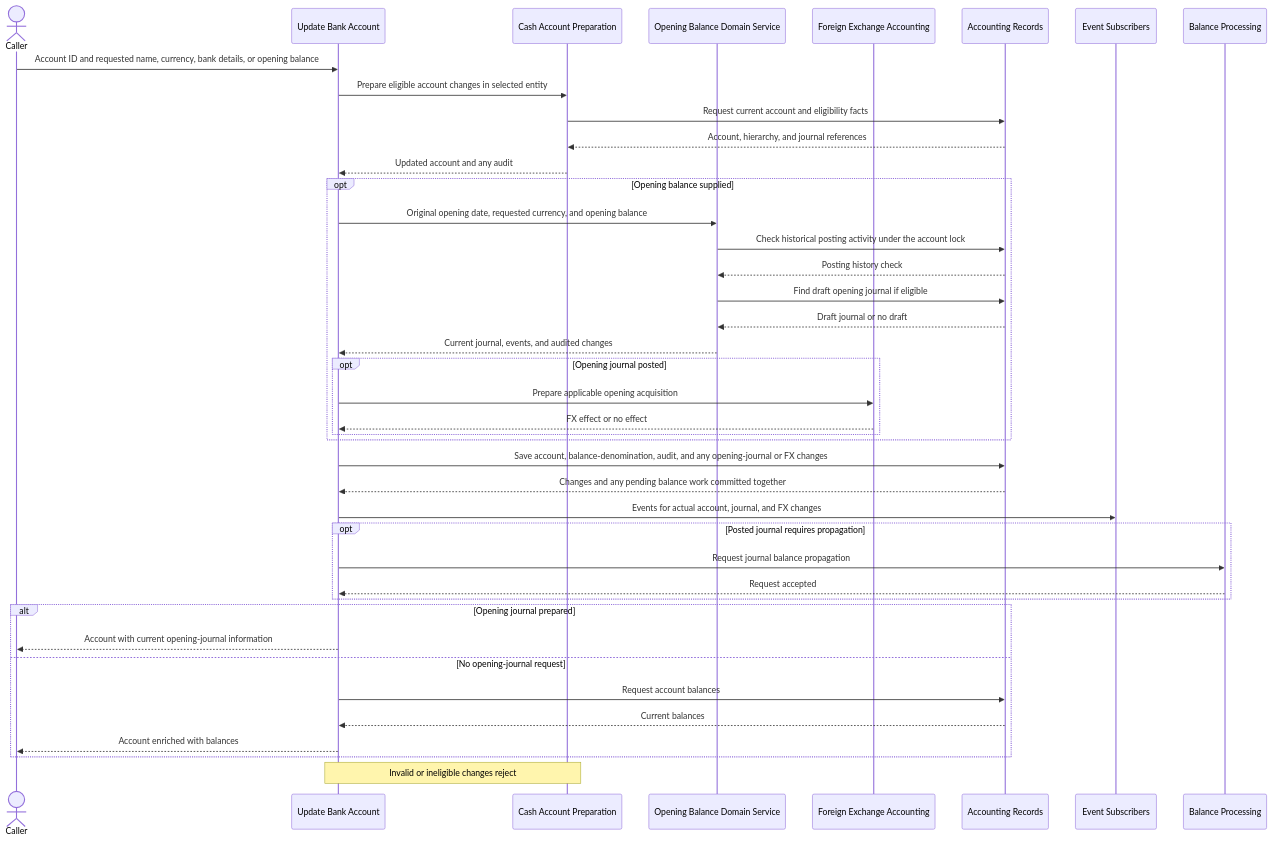
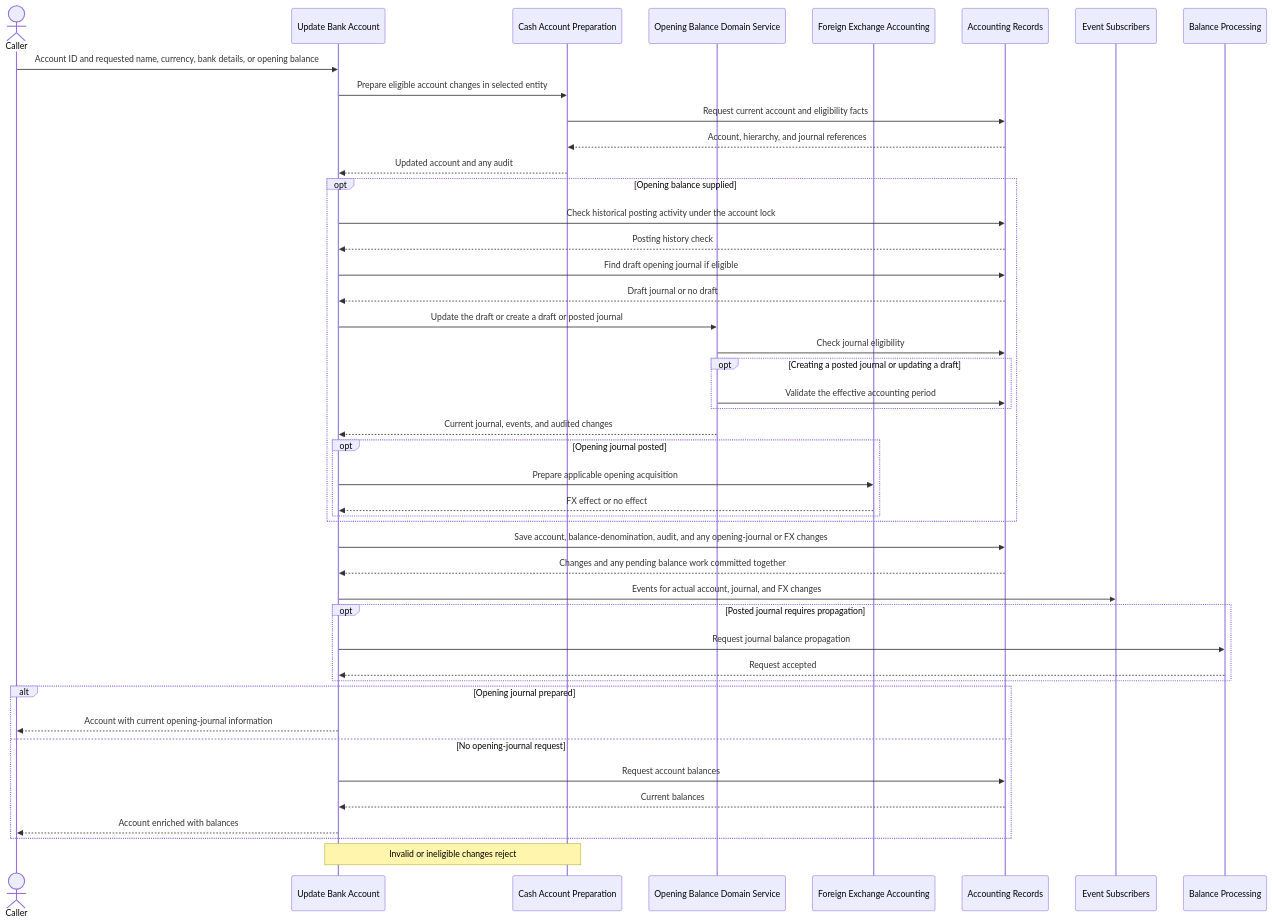
Before and after one commit to drimsheet/drimsheet-core: the diagram in src/app/ledger/usecases/__docs__/update-bank-account.sequence.md, drawn with Mermaid. The commit also changed 36 other files, not shown here.

Commit message:
refactor(journal-entry): separate opening balance lifecycle operations

````diff
--- a/src/app/ledger/usecases/__docs__/update-bank-account.sequence.md
+++ b/src/app/ledger/usecases/__docs__/update-bank-account.sequence.md
@@ -3,44 +3,48 @@
 ```mermaid
 sequenceDiagram
     actor Caller
     participant Update as Update Bank Account
     participant Accounts as Cash Account Preparation
     participant Opening as Opening Balance Domain Service
     participant FX as Foreign Exchange Accounting
     participant Records as Accounting Records
     participant Events as Event Subscribers
     participant Balances as Balance Processing
 
     Caller->>Update: Account ID and requested name, currency, bank details, or opening balance
     Update->>Accounts: Prepare eligible account changes in selected entity
     Accounts->>Records: Request current account and eligibility facts
     Records-->>Accounts: Account, hierarchy, and journal references
     Accounts-->>Update: Updated account and any audit
     opt Opening balance supplied
-        Update->>Opening: Original opening date, requested currency, and opening balance
-        Opening->>Records: Check historical posting activity under the account lock
-        Records-->>Opening: Posting history check
-        Opening->>Records: Find draft opening journal if eligible
-        Records-->>Opening: Draft journal or no draft
+        Update->>Records: Check historical posting activity under the account lock
+        Records-->>Update: Posting history check
+        Update->>Records: Find draft opening journal if eligible
+        Records-->>Update: Draft journal or no draft
+        Update->>Opening: Update the draft or create a draft or posted journal
+        Opening->>Records: Check journal eligibility
+        opt Creating a posted journal or updating a draft
+            Opening->>Records: Validate the effective accounting period
+        end
         Opening-->>Update: Current journal, events, and audited changes
         opt Opening journal posted
             Update->>FX: Prepare applicable opening acquisition
             FX-->>Update: FX effect or no effect
         end
     end
     Update->>Records: Save account, balance-denomination, audit, and any opening-journal or FX changes
     Records-->>Update: Changes and any pending balance work committed together
     Update->>Events: Events for actual account, journal, and FX changes
     opt Posted journal requires propagation
         Update->>Balances: Request journal balance propagation
         Balances-->>Update: Request accepted
     end
     alt Opening journal prepared
         Update-->>Caller: Account with current opening-journal information
     else No opening-journal request
         Update->>Records: Request account balances
         Records-->>Update: Current balances
         Update-->>Caller: Account enriched with balances
     end
     Note over Update,Accounts: Invalid or ineligible changes reject
 ```
````
